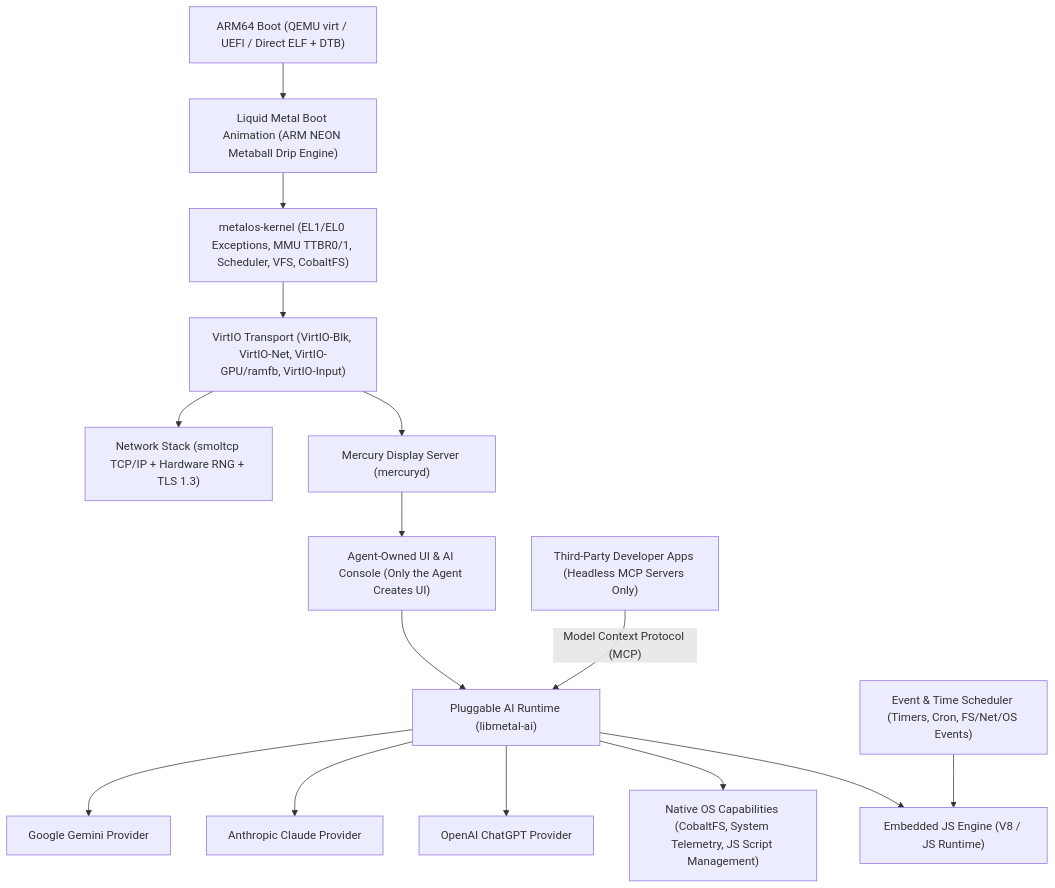
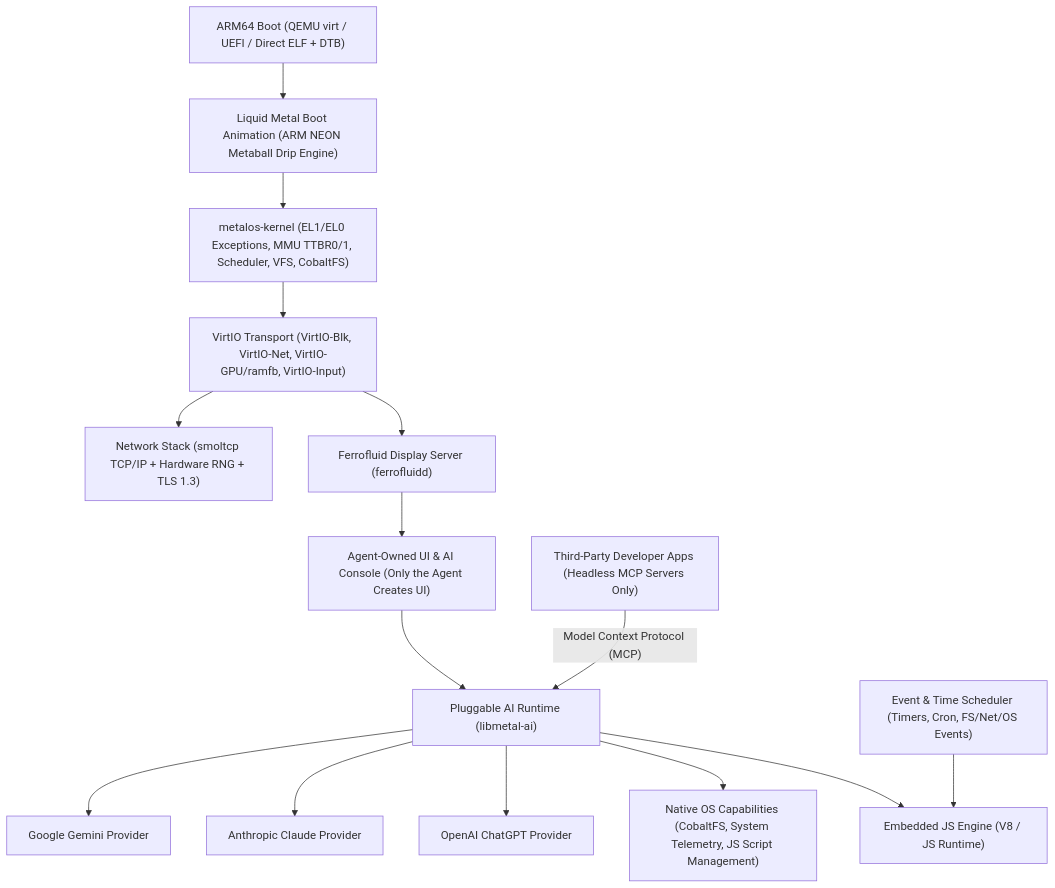
Before and after one commit to lucasdupin/alloyOS: the diagram in ROADMAP.md, drawn with Mermaid. The commit also changed other lines of this file and 16 other files, not shown here.

Commit message:
Complete Mercury to Ferrofluid rename

````diff
--- a/ROADMAP.md
+++ b/ROADMAP.md
@@ -14,17 +14,17 @@
 ```mermaid
 flowchart TD
     Boot["ARM64 Boot (QEMU virt / UEFI / Direct ELF + DTB)"] --> Splash["Liquid Metal Boot Animation (ARM NEON Metaball Drip Engine)"]
     Splash --> Kernel["metalos-kernel (EL1/EL0 Exceptions, MMU TTBR0/1, Scheduler, VFS, CobaltFS)"]
     Kernel --> VirtIO["VirtIO Transport (VirtIO-Blk, VirtIO-Net, VirtIO-GPU/ramfb, VirtIO-Input)"]
     VirtIO --> Net["Network Stack (smoltcp TCP/IP + Hardware RNG + TLS 1.3)"]
-    VirtIO --> Mercury["Mercury Display Server (mercuryd)"]
-    Mercury --> AIConsole["Agent-Owned UI & AI Console (Only the Agent Creates UI)"]
+    VirtIO --> Ferrofluid["Ferrofluid Display Server (ferrofluidd)"]
+    Ferrofluid --> AIConsole["Agent-Owned UI & AI Console (Only the Agent Creates UI)"]
     AIConsole --> AIRuntime["Pluggable AI Runtime (libmetal-ai)"]
     AIRuntime --> Gemini["Google Gemini Provider"]
     AIRuntime --> Claude["Anthropic Claude Provider"]
     AIRuntime --> ChatGPT["OpenAI ChatGPT Provider"]
     AIRuntime --> Tools["Native OS Capabilities (CobaltFS, System Telemetry, JS Script Management)"]
     AIRuntime --> JSRuntime["Embedded JS Engine (V8 / JS Runtime)"]
     Scheduler["Event & Time Scheduler (Timers, Cron, FS/Net/OS Events)"] --> JSRuntime
     MCPApps["Third-Party Developer Apps (Headless MCP Servers Only)"] -->|"Model Context Protocol (MCP)"| AIRuntime
 ```
````
